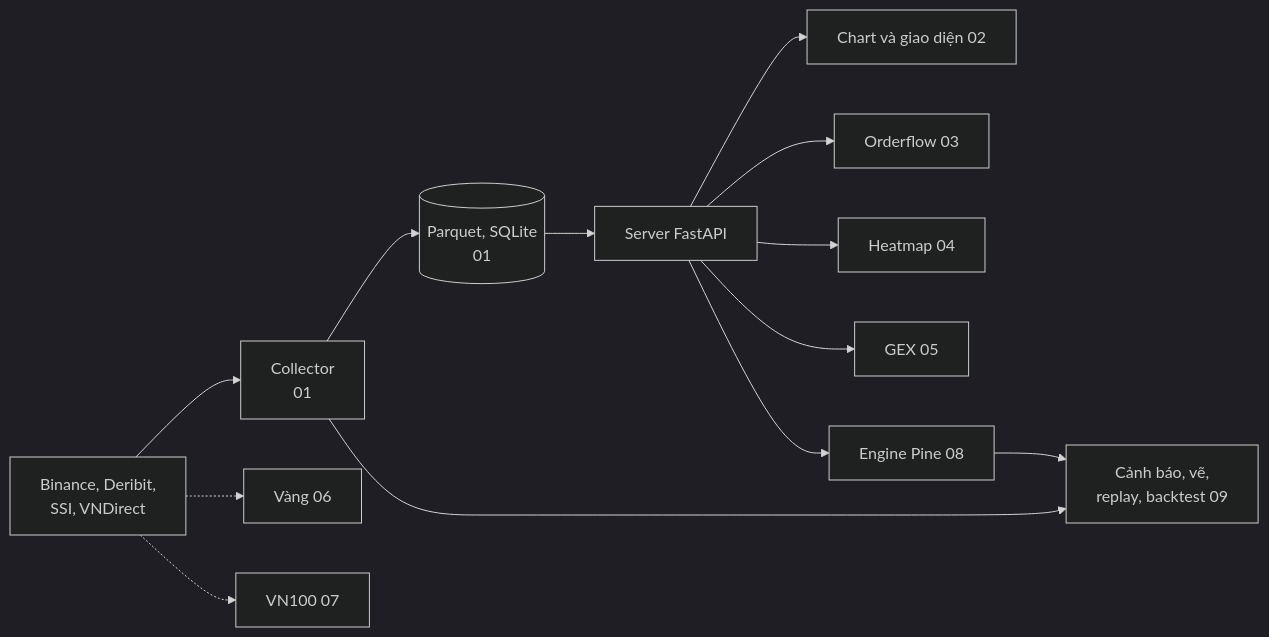
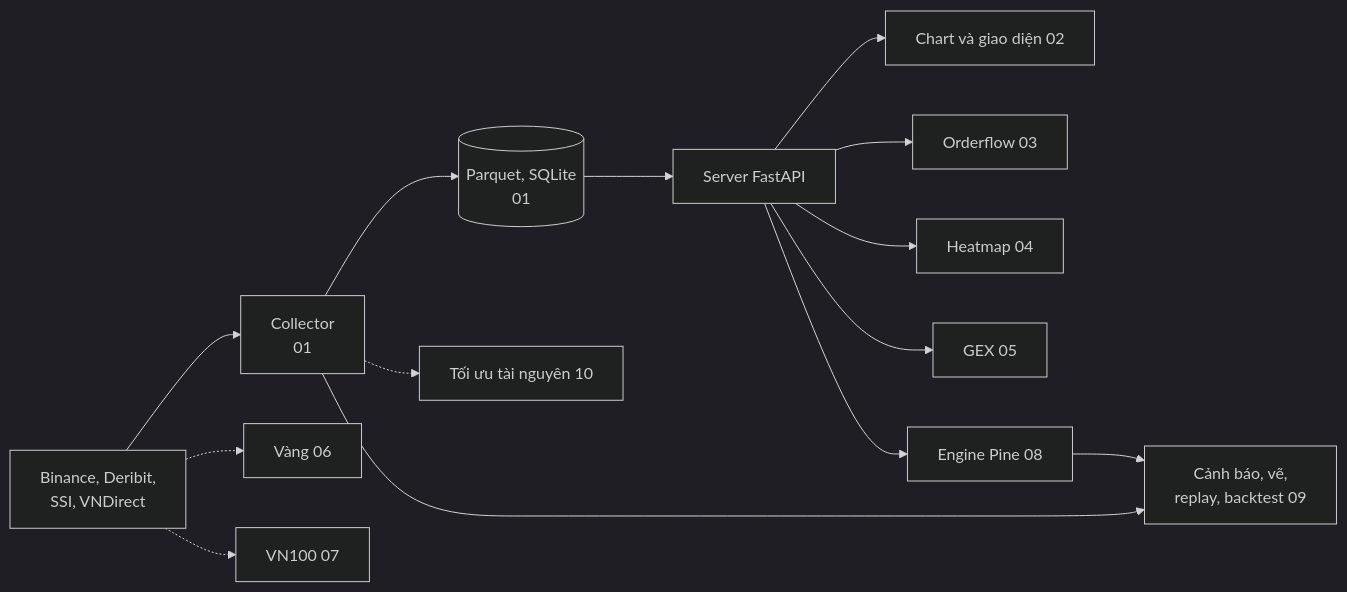
One commit to nhlinh99/TradingView changed the diagram in docs/plan/README.md. Above: the diagram before and after it, drawn with Mermaid (dark theme). The commit also changed other lines of this file and 4 other files, not shown here.

````diff
--- a/docs/plan/README.md
+++ b/docs/plan/README.md
@@ -9,15 +9,16 @@
 ```mermaid
 flowchart LR
   S[Binance, Deribit,<br/>SSI, VNDirect] --> C[Collector<br/>01]
   C --> P[(Parquet, SQLite<br/>01)]
   P --> SV[Server FastAPI]
   SV --> CH[Chart và giao diện 02]
   SV --> OF[Orderflow 03]
   SV --> HM[Heatmap 04]
   SV --> GX[GEX 05]
   SV --> PN[Engine Pine 08]
   PN --> AB[Cảnh báo, vẽ,<br/>replay, backtest 09]
   C --> AB
+  C -.-> OP[Tối ưu tài nguyên 10]
   S -.-> GD[Vàng 06]
   S -.-> VN[VN100 07]
 ```
````
